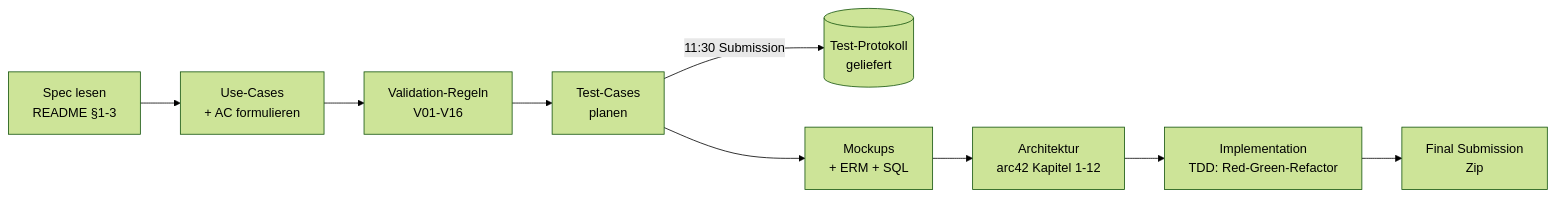
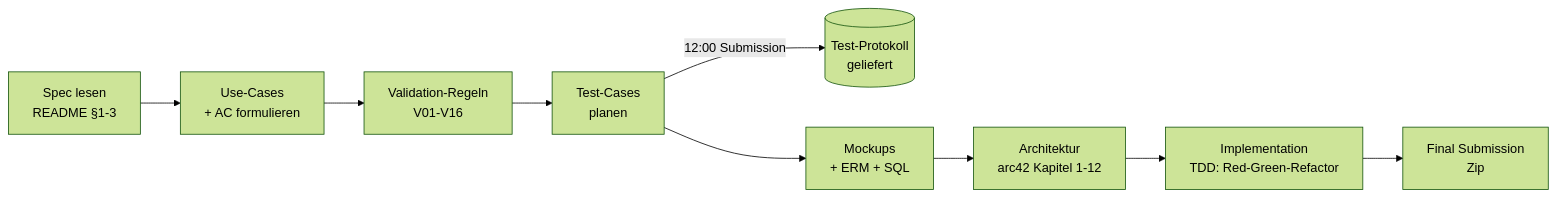
The second of 2 diagrams in docs/arc42/04-solution-strategy.md (Tim-Fischer-zh/skillsbattle), drawn with Mermaid (forest theme) before and after one commit. The commit also changed other lines of this file and 8 other files, not shown here.

````diff
--- a/docs/arc42/04-solution-strategy.md
+++ b/docs/arc42/04-solution-strategy.md
@@ -112,11 +112,11 @@
 ```mermaid
 flowchart LR
     A[Spec lesen<br/>README §1-3] --> B[Use-Cases<br/>+ AC formulieren]
     B --> C[Validation-Regeln<br/>V01-V16]
     C --> D[Test-Cases<br/>planen]
-    D -->|11:30 Submission| E[(Test-Protokoll<br/>geliefert)]
+    D -->|12:00 Submission| E[(Test-Protokoll<br/>geliefert)]
     D --> F[Mockups<br/>+ ERM + SQL]
     F --> G[Architektur<br/>arc42 Kapitel 1-12]
     G --> H[Implementation<br/>TDD: Red-Green-Refactor]
     H --> I[Final Submission<br/>Zip]
 ```
````
